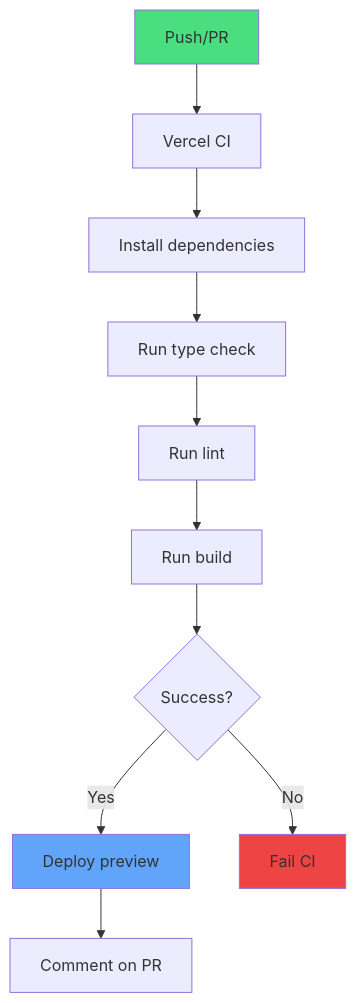
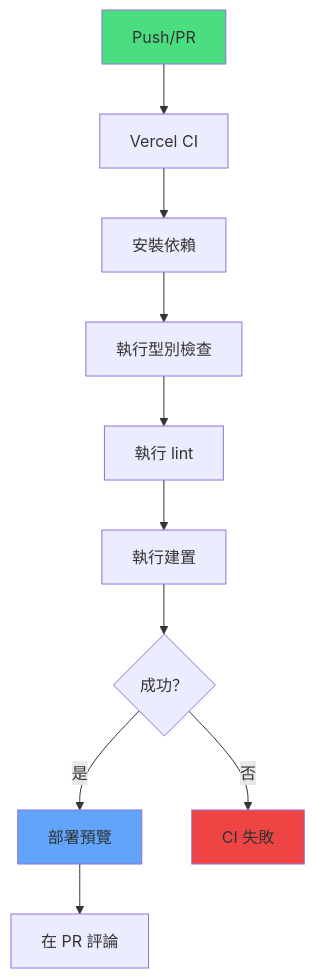
Before and after one commit to u88803494/my-website: the sixth of 11 diagrams in docs/reference/architecture.md, drawn with Mermaid. The commit also changed other lines of this file and 6 other files, not shown here.

````diff
--- a/docs/reference/architecture.md
+++ b/docs/reference/architecture.md
@@ -1454,16 +1453,16 @@
 ```mermaid
 graph TD
     A[Push/PR] --> B[Vercel CI]
-    B --> C[Install dependencies]
-    C --> D[Run type check]
-    D --> E[Run lint]
-    E --> F[Run build]
-    F --> G{Success?}
-    G -->|Yes| H[Deploy preview]
-    G -->|No| I[Fail CI]
-    H --> J[Comment on PR]
+    B --> C[安裝依賴]
+    C --> D[執行型別檢查]
+    D --> E[執行 lint]
+    E --> F[執行建置]
+    F --> G{成功？}
+    G -->|是| H[部署預覽]
+    G -->|否| I[CI 失敗]
+    H --> J[在 PR 評論]
 
     style A fill:#4ade80
     style H fill:#60a5fa
     style I fill:#ef4444
 ```
````
